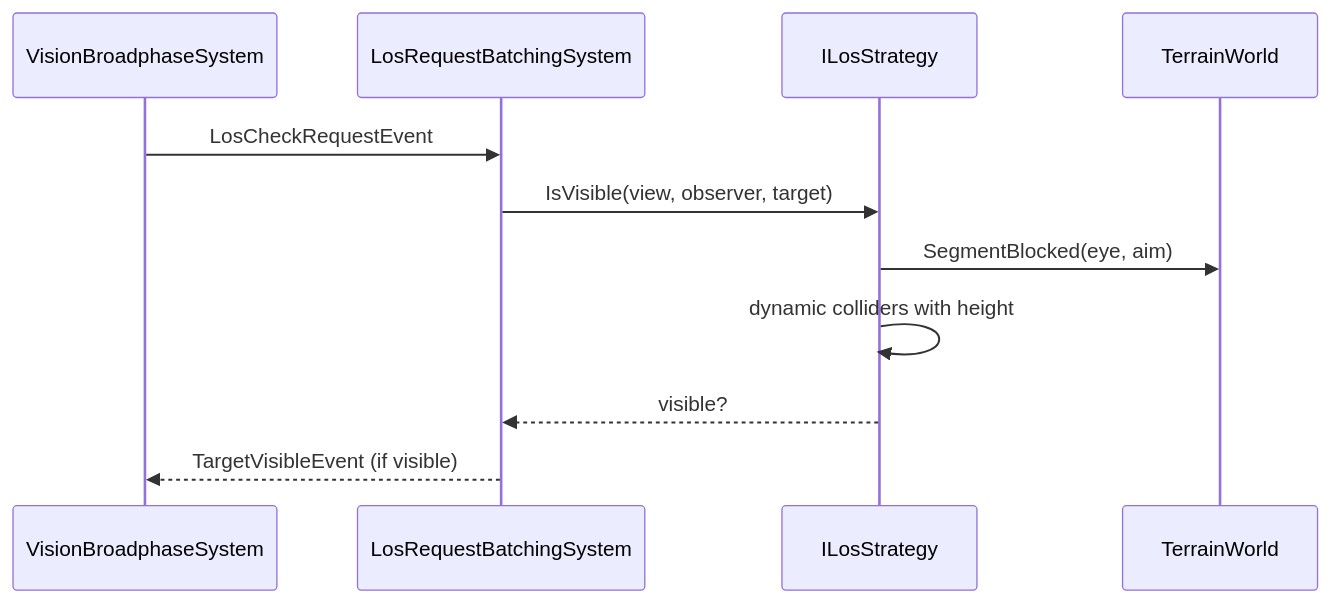
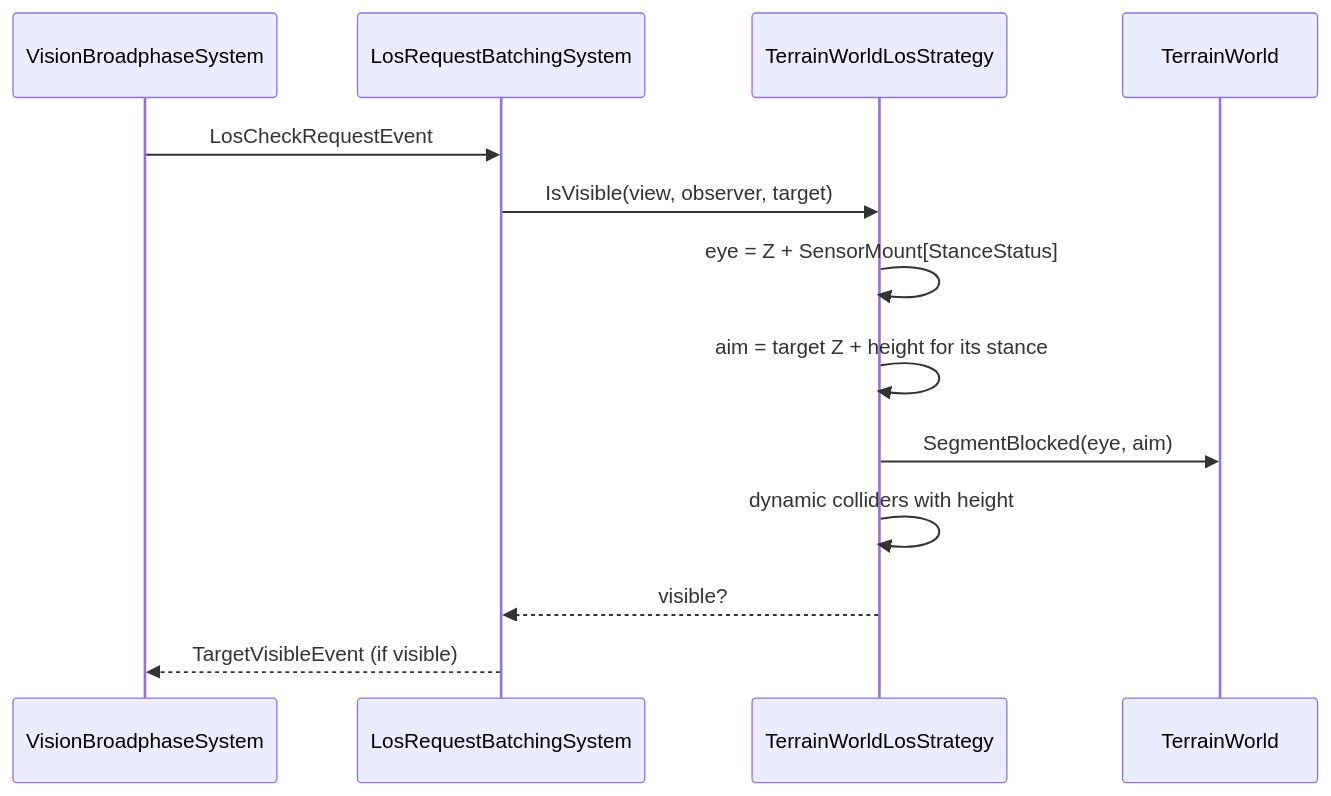
The fourth of 5 diagrams in docs/DESIGN_Terrain_World.md (pjanec/HROT), drawn with Mermaid before and after one commit. The commit also changed other lines of this file and 3 other files, not shown here.

First line of the commit message:
DESIGN_Terrain_World: fold the user's W rulings (R-182) — CGF=editor load+draw the world, filled triangles, posture eye height, Z-up nav APIs, movement model sets Z; CE-3013 (live route axis swap), CE-3014 filed

````diff
--- a/docs/DESIGN_Terrain_World.md
+++ b/docs/DESIGN_Terrain_World.md
@@ -226,13 +246,15 @@
 ```mermaid
 sequenceDiagram
   participant V as VisionBroadphaseSystem
   participant L as LosRequestBatchingSystem
-  participant S as ILosStrategy
+  participant S as TerrainWorldLosStrategy
   participant W as TerrainWorld
   V->>L: LosCheckRequestEvent
   L->>S: IsVisible(view, observer, target)
+  S->>S: eye = Z + SensorMount[StanceStatus]
+  S->>S: aim = target Z + height for its stance
   S->>W: SegmentBlocked(eye, aim)
   S->>S: dynamic colliders with height
   S-->>L: visible?
   L-->>V: TargetVisibleEvent (if visible)
 ```
````
